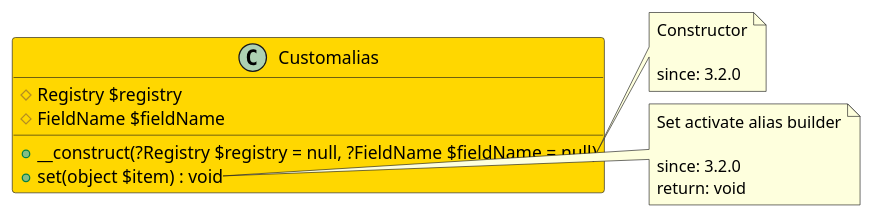
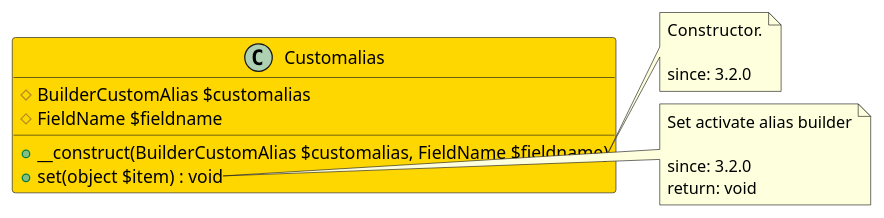
Before and after one commit to joomengine/jcb-compiler: the diagram in src/5f8e8fa6-3793-44af-882d-9cfb209434e9/README.md, drawn with PlantUML. The commit also changed 725 other files, not shown here.

````diff
--- a/src/5f8e8fa6-3793-44af-882d-9cfb209434e9/README.md
+++ b/src/5f8e8fa6-3793-44af-882d-9cfb209434e9/README.md
@@ -11,24 +11,24 @@
 ```uml
 @startuml
 class Customalias  #Gold {
-  # Registry $registry
-  # FieldName $fieldName
-  + __construct(?Registry $registry = null, ?FieldName $fieldName = null)
+  # BuilderCustomAlias $customalias
+  # FieldName $fieldname
+  + __construct(BuilderCustomAlias $customalias, FieldName $fieldname)
   + set(object $item) : void
 }
 
 note right of Customalias::__construct
-  Constructor
+  Constructor.
 
   since: 3.2.0
 end note
 
 note right of Customalias::set
   Set activate alias builder
 
   since: 3.2.0
   return: void
 end note
  
 @enduml
 ```
````
